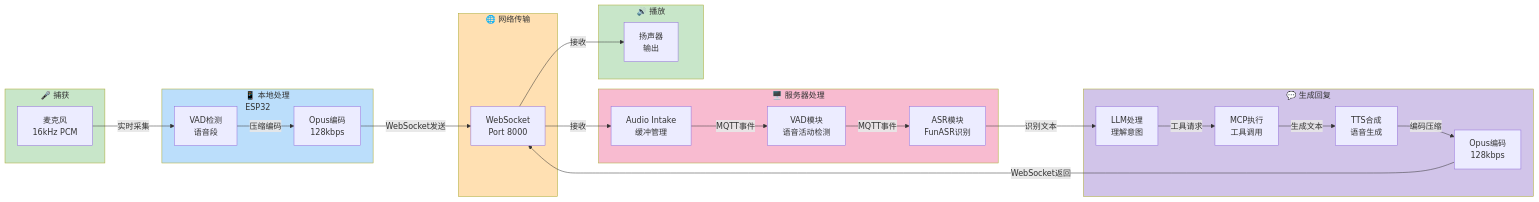
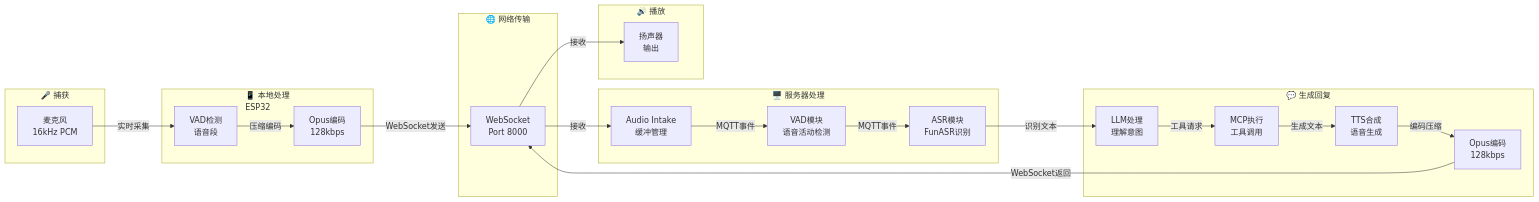
One commit to jihengzhang/xiaozhi-esp32-server changed the third of 41 diagrams in 设计说明.md. Above: the diagram before and after it, drawn with Mermaid. The commit also changed other lines of this file and 37 other files, not shown here.

````diff
--- a/设计说明.md
+++ b/设计说明.md
@@ -120,53 +128,47 @@
 ```mermaid
 graph LR
     subgraph Capture["🎤 捕获"]
         A["麦克风<br/>16kHz PCM"]
     end
     
     subgraph LocalProc["📱 本地处理<br/>ESP32"]
         B["VAD检测<br/>语音段"]
         C["Opus编码<br/>128kbps"]
     end
     
     subgraph Transport["🌐 网络传输"]
         D["WebSocket<br/>Port 8000"]
     end
     
     subgraph ServerProc["🖥️ 服务器处理"]
         E["Audio Intake<br/>缓冲管理"]
         F["VAD模块<br/>语音活动检测"]
         G["ASR模块<br/>FunASR识别"]
     end
     
     subgraph Response["💬 生成回复"]
         H["LLM处理<br/>理解意图"]
         I["MCP执行<br/>工具调用"]
         J["TTS合成<br/>语音生成"]
         K["Opus编码<br/>128kbps"]
     end
     
     subgraph Playback["🔊 播放"]
         L["扬声器<br/>输出"]
     end
     
     A -->|实时采集| B
     B -->|压缩编码| C
     C -->|WebSocket发送| D
     D -->|接收| E
     E -->|MQTT事件| F
     F -->|MQTT事件| G
     
     G -->|识别文本| H
     H -->|工具请求| I
     I -->|生成文本| J
     J -->|编码压缩| K
     K -->|WebSocket返回| D
     D -->|接收| L
     
-    style Capture fill:#c8e6c9
-    style LocalProc fill:#bbdefb
-    style Transport fill:#ffe0b2
-    style ServerProc fill:#f8bbd0
-    style Response fill:#d1c4e9
-    style Playback fill:#c8e6c9
 ```
````
